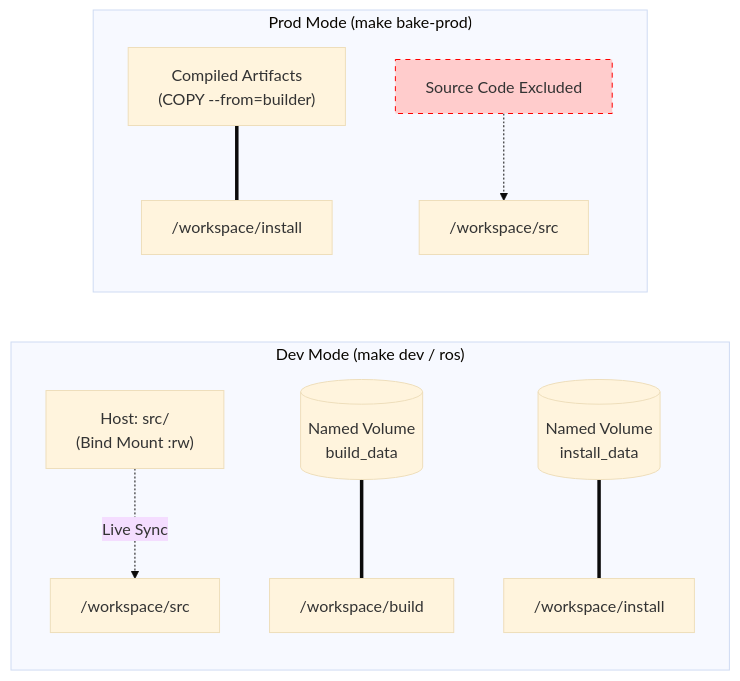
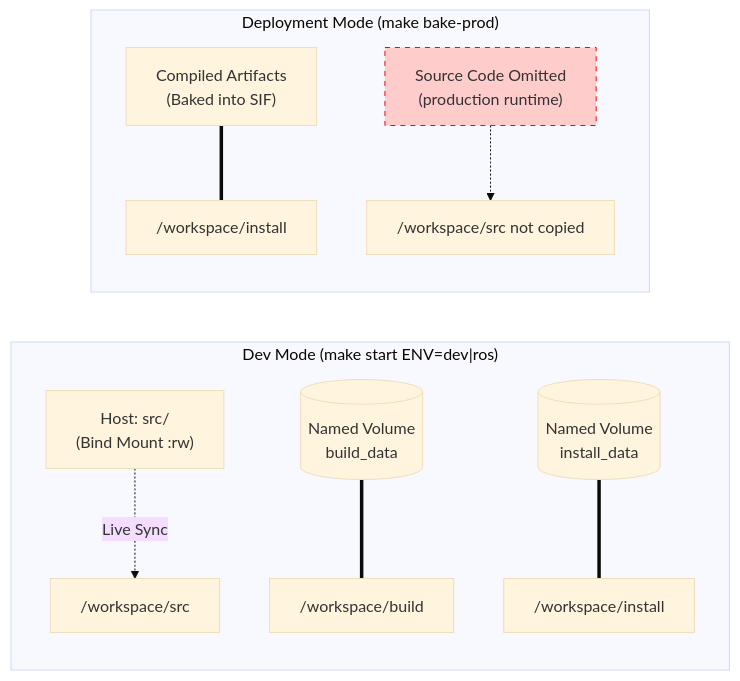
The second of 5 diagrams in README.md (Lee-hwansoo/DevKit), drawn with Mermaid (base theme) before and after one commit. The commit also changed other lines of this file and 43 other files, not shown here.

First line of the commit message:
refactor: introduce DevKit production orchestration and zero-fork performance optimizations

````diff
--- a/README.md
+++ b/README.md
@@ -164,14 +167,14 @@
 ```mermaid
 graph LR
-    subgraph "Dev Mode (make dev / ros)"
+    subgraph "Dev Mode (make start ENV=dev|ros)"
         SRC["Host: src/<br/>(Bind Mount :rw)"] -.->|Live Sync| WS_SRC["/workspace/src"]
         NV_BUILD[("Named Volume<br/>build_data")] === WS_BUILD["/workspace/build"]
         NV_INSTALL[("Named Volume<br/>install_data")] === WS_INSTALL["/workspace/install"]
     end
 
-    subgraph "Prod Mode (make bake-prod)"
-        BAKED["Compiled Artifacts<br/>(COPY --from=builder)"] === PROD_INSTALL["/workspace/install"]
-        NO_SRC["Source Code Excluded"] -.-> PROD_SRC["/workspace/src"]
+    subgraph "Deployment Mode (make bake-prod)"
+        BAKED["Compiled Artifacts<br/>(Baked into SIF)"] === PROD_INSTALL["/workspace/install"]
+        NO_SRC["Source Code Omitted<br/>(production runtime)"] -.-> PROD_SRC["/workspace/src not copied"]
         style NO_SRC fill:#ffcccc,color:#333,stroke:#f00,stroke-dasharray: 5 5
     end
 ```
````
